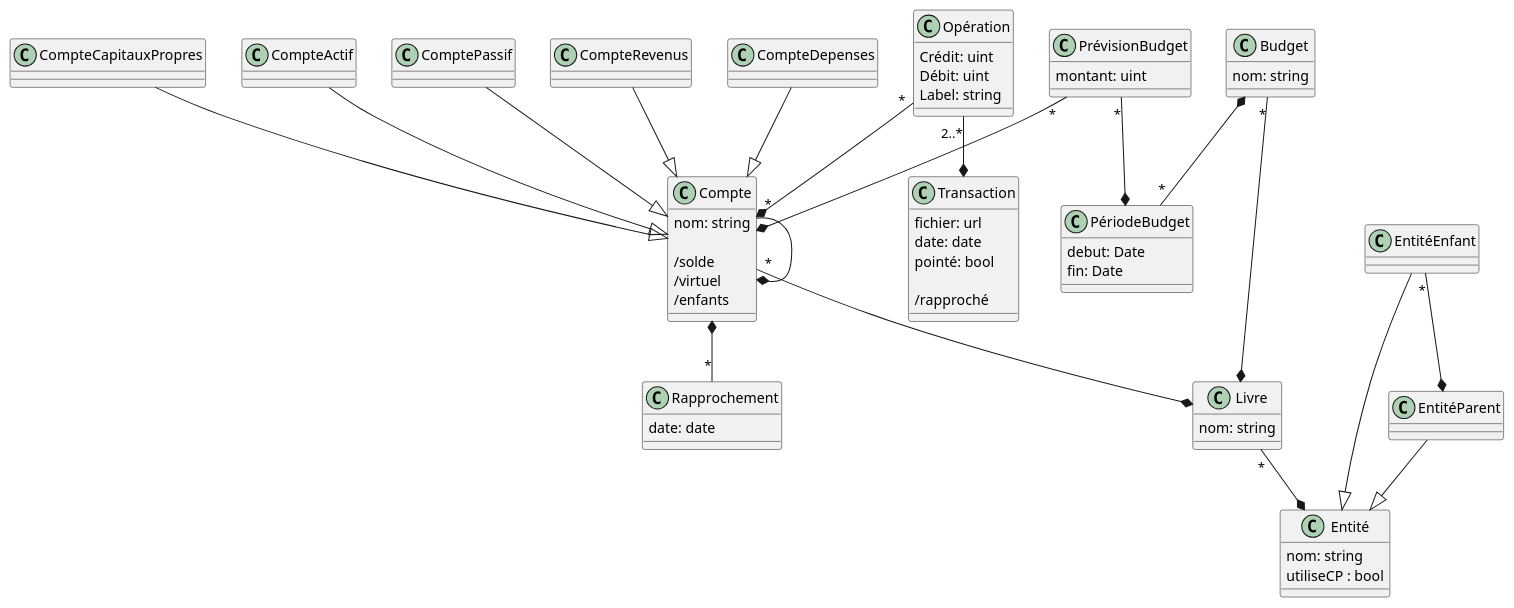
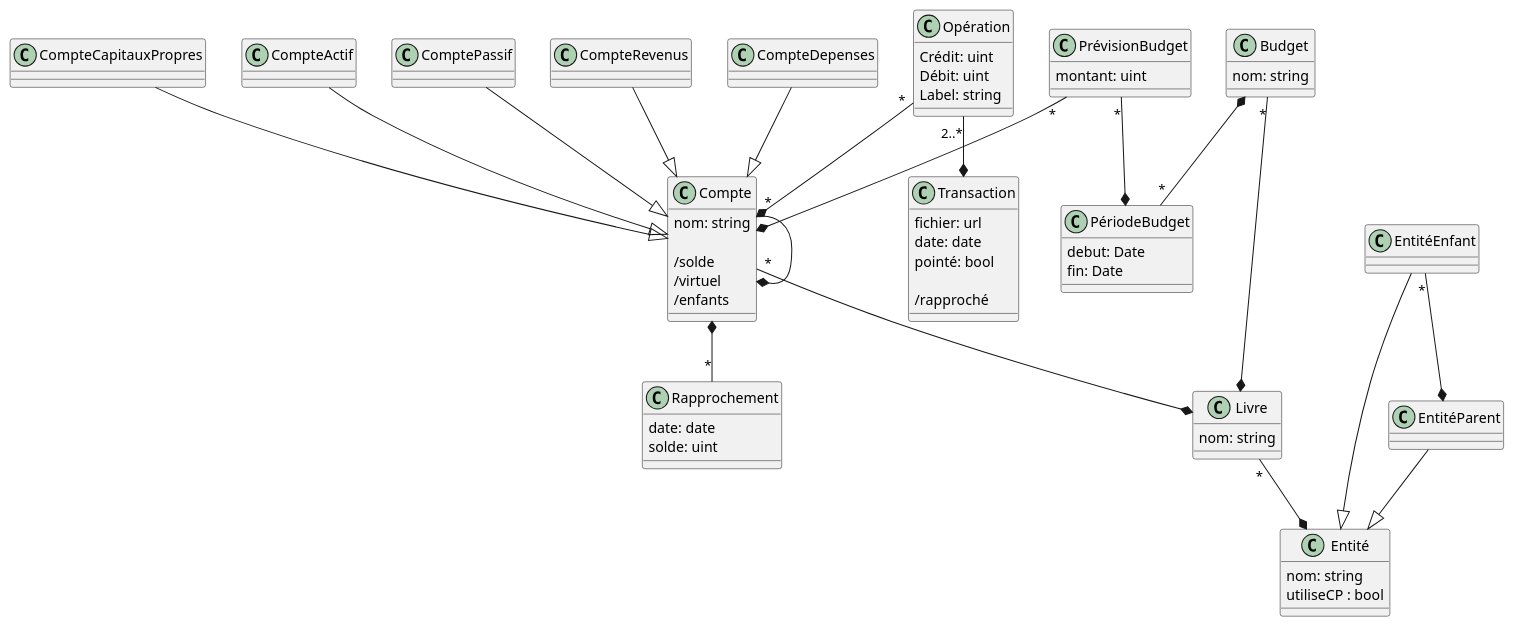
Before and after one commit to SiMDE-Projects/flairsou-api: the diagram in Documentation/ModeleConceptuel.md, drawn with PlantUML. The commit also changed other lines of this file and 1 other file, not shown here.

Commit message:
Modifications sur le rapprochement

```diff
--- a/Documentation/ModeleConceptuel.md
+++ b/Documentation/ModeleConceptuel.md
@@ -56,6 +56,7 @@
 
 class Rapprochement {
     date: date
+    solde: uint
 }
 
 class Opération {
```
